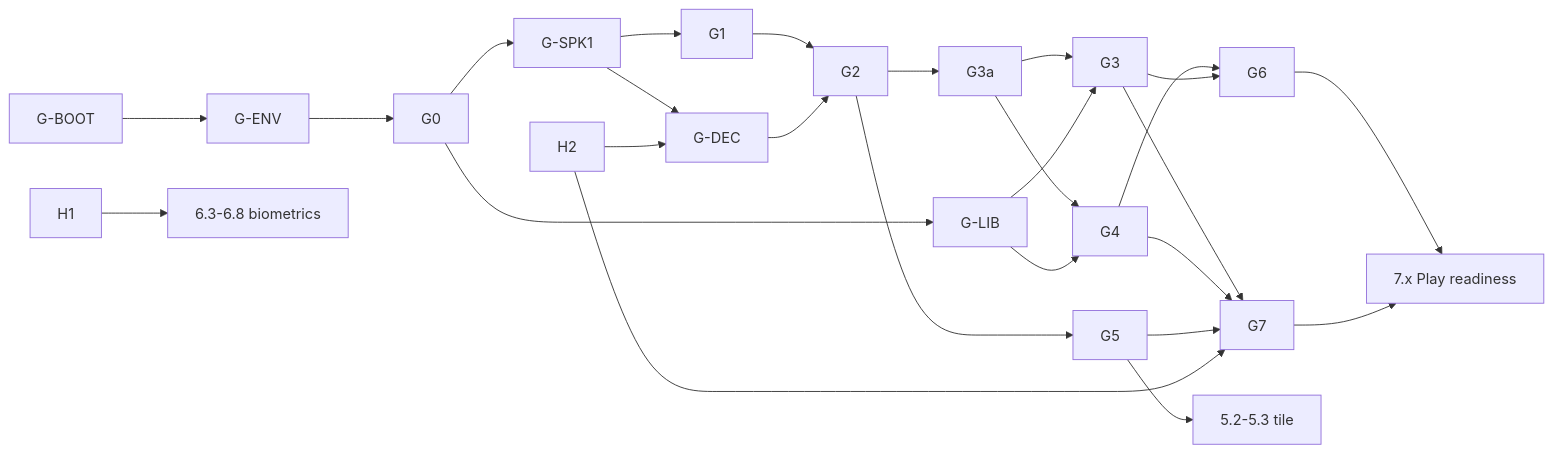
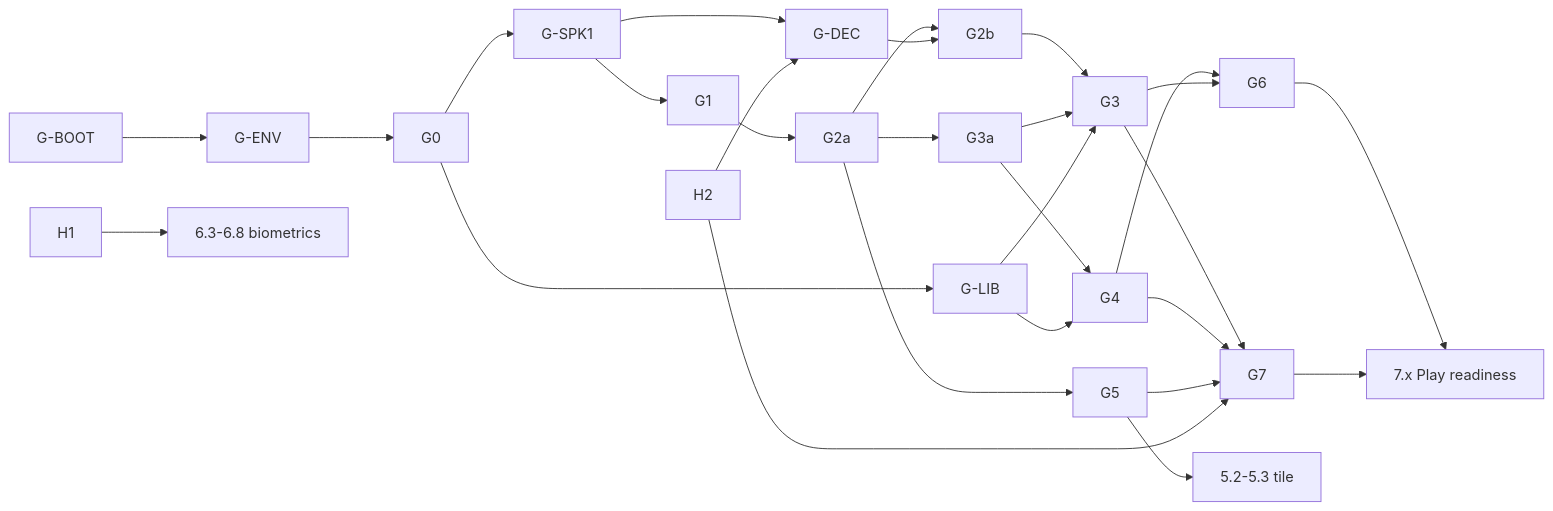
One commit to shlomoa/my-adhd-pal changed the diagram in docs/plans/README.md. Above: the diagram before and after it, drawn with Mermaid. The commit also changed other lines of this file and 7 other files, not shown here.

````diff
--- a/docs/plans/README.md
+++ b/docs/plans/README.md
@@ -111,26 +122,28 @@
 ```mermaid
 graph LR
   BOOT[G-BOOT] --> ENV[G-ENV] --> G0
   G0 --> LIB[G-LIB]
   G0 --> SPK[G-SPK1] --> G1
   SPK --> DEC[G-DEC]
   H2 --> DEC
-  G1 --> G2
-  DEC --> G2
-  G2 --> G3a
+  G1 --> G2a
+  G2a --> G2b
+  DEC --> G2b
+  G2a --> G3a
+  G2b --> G3
   G3a --> G3
   LIB --> G3
   G3a --> G4
   LIB --> G4
-  G2 --> G5
+  G2a --> G5
   G4 --> G6
   G3 --> G6
   G3 --> G7
   G4 --> G7
   G5 --> G7
   H2 --> G7
   G6 --> PLAY[7.x Play readiness]
   G7 --> PLAY
   H1 --> BIO[6.3-6.8 biometrics]
   G5 --> TILE[5.2-5.3 tile]
 ```
````
